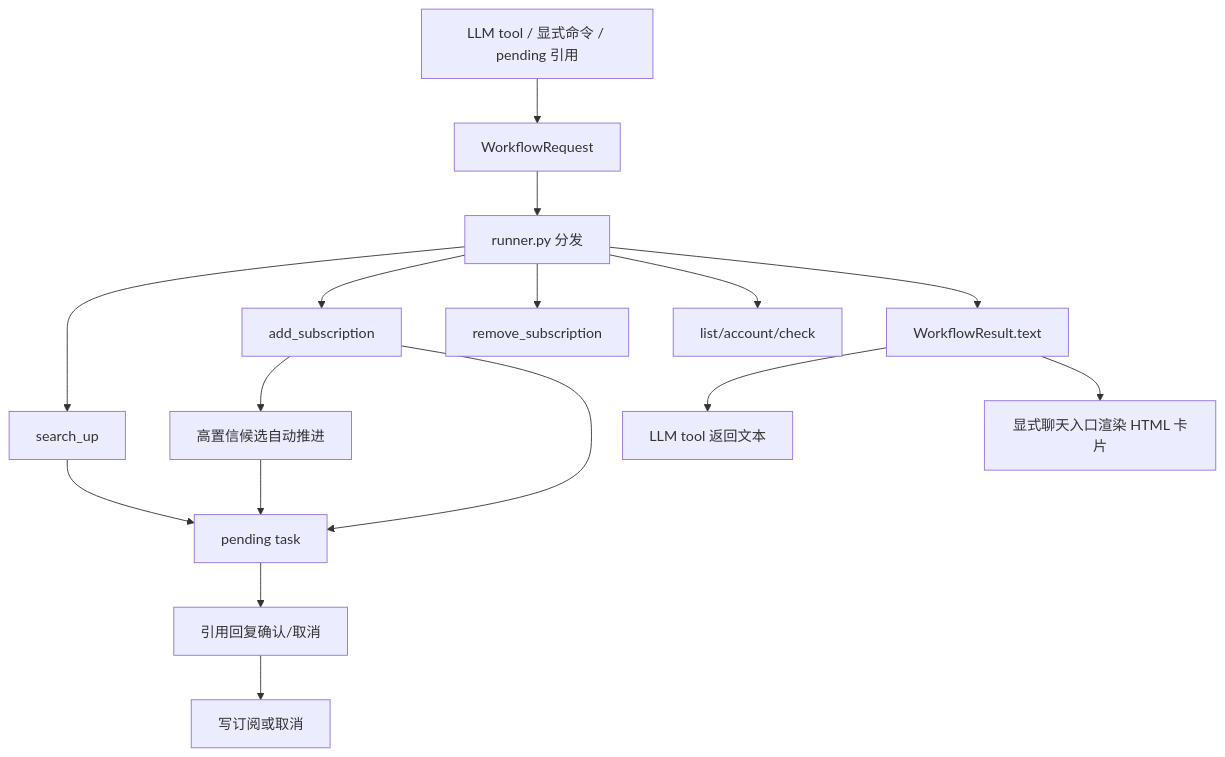
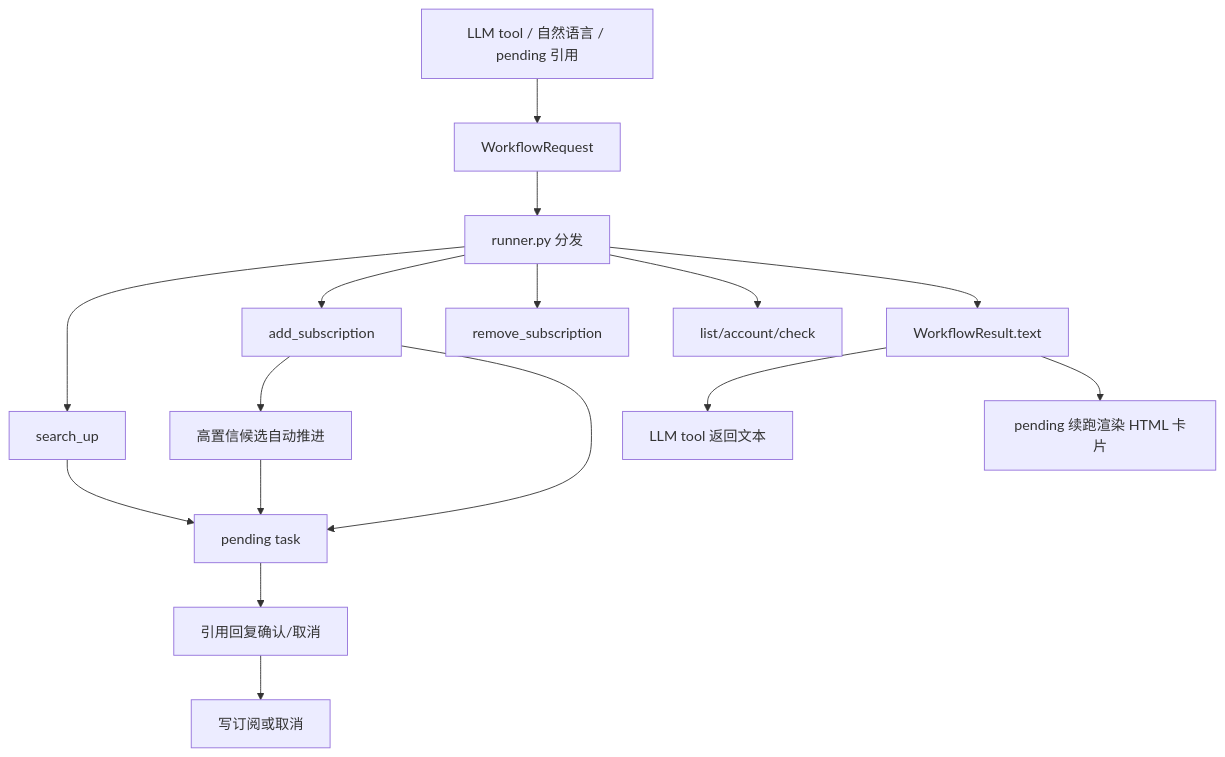
The diagram in workflows/workflows.md (memoriass/astrbot_plugin_bilibili_push), drawn with Mermaid before and after one commit. The commit also changed other lines of this file and 36 other files, not shown here.

````diff
--- a/workflows/workflows.md
+++ b/workflows/workflows.md
@@ -56,18 +55,18 @@
 ```mermaid
 flowchart TD
-    Entry["LLM tool / 显式命令 / pending 引用"] --> Request["WorkflowRequest"]
+    Entry["LLM tool / 自然语言 / pending 引用"] --> Request["WorkflowRequest"]
     Request --> Runner["runner.py 分发"]
     Runner --> Search["search_up"]
     Runner --> Add["add_subscription"]
     Runner --> Remove["remove_subscription"]
     Runner --> Manage["list/account/check"]
     Search --> Pending["pending task"]
     Add --> Select["高置信候选自动推进"]
     Select --> Pending
     Add --> Pending
     Pending --> Confirm["引用回复确认/取消"]
     Confirm --> Write["写订阅或取消"]
     Runner --> Result["WorkflowResult.text"]
     Result --> ToolText["LLM tool 返回文本"]
-    Result --> Cards["显式聊天入口渲染 HTML 卡片"]
+    Result --> Cards["pending 续跑渲染 HTML 卡片"]
 ```
````
